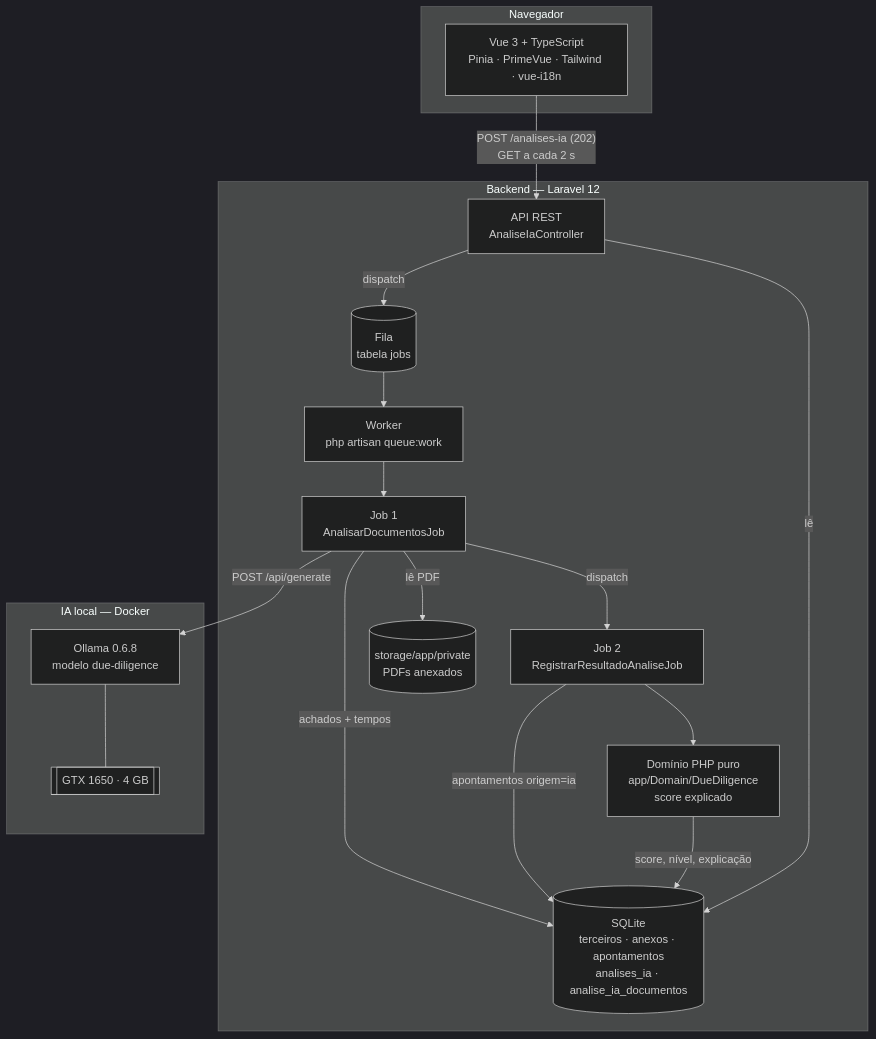
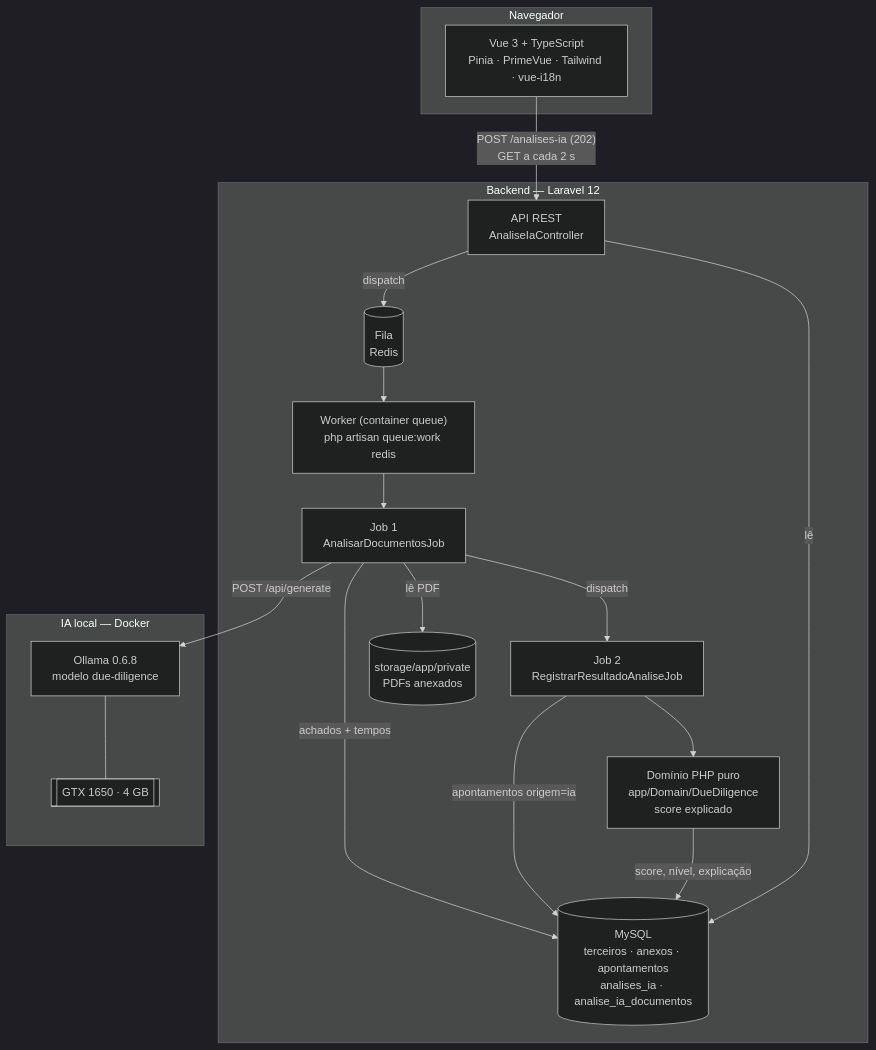
One commit to MacielSousa/due-diligence-ia changed the third of 7 diagrams in docs/ia.md. Above: the diagram before and after it, drawn with Mermaid (dark theme). The commit also changed other lines of this file and 5 other files, not shown here.

````diff
--- a/docs/ia.md
+++ b/docs/ia.md
@@ -165,36 +165,36 @@
 ```mermaid
 flowchart TB
     subgraph NAV["Navegador"]
         VUE["Vue 3 + TypeScript<br/>Pinia · PrimeVue · Tailwind · vue-i18n"]
     end
 
     subgraph BACK["Backend — Laravel 12"]
         API["API REST<br/>AnaliseIaController"]
-        FILA[("Fila<br/>tabela jobs")]
-        WORKER["Worker<br/>php artisan queue:work"]
+        FILA[("Fila<br/>Redis")]
+        WORKER["Worker (container queue)<br/>php artisan queue:work redis"]
         J1["Job 1<br/>AnalisarDocumentosJob"]
         J2["Job 2<br/>RegistrarResultadoAnaliseJob"]
         DOM["Domínio PHP puro<br/>app/Domain/DueDiligence<br/>score explicado"]
-        DB[("SQLite<br/>terceiros · anexos · apontamentos<br/>analises_ia · analise_ia_documentos")]
+        DB[("MySQL<br/>terceiros · anexos · apontamentos<br/>analises_ia · analise_ia_documentos")]
         DISCO[("storage/app/private<br/>PDFs anexados")]
     end
 
     subgraph IA["IA local — Docker"]
         OLLAMA["Ollama 0.6.8<br/>modelo due-diligence"]
         GPU[["GTX 1650 · 4 GB"]]
     end
 
     VUE -- "POST /analises-ia (202)<br/>GET a cada 2 s" --> API
     API -- dispatch --> FILA
     FILA --> WORKER
     WORKER --> J1
     J1 -- lê PDF --> DISCO
     J1 -- "POST /api/generate" --> OLLAMA
     OLLAMA --- GPU
     J1 -- achados + tempos --> DB
     J1 -- dispatch --> J2
     J2 -- apontamentos origem=ia --> DB
     J2 --> DOM
     DOM -- score, nível, explicação --> DB
     API -- lê --> DB
 ```
````
